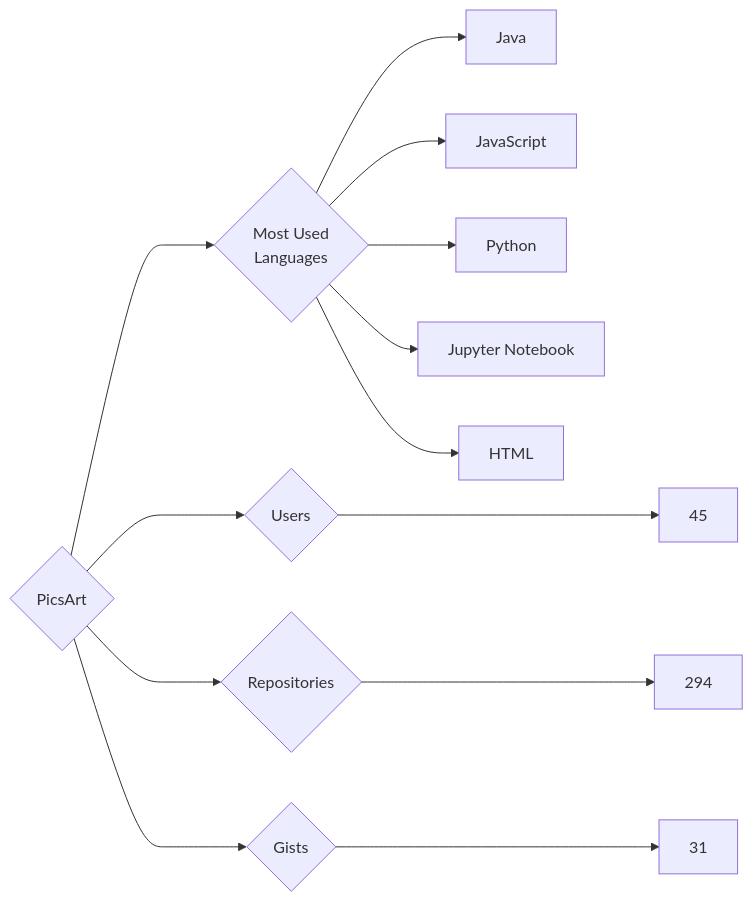
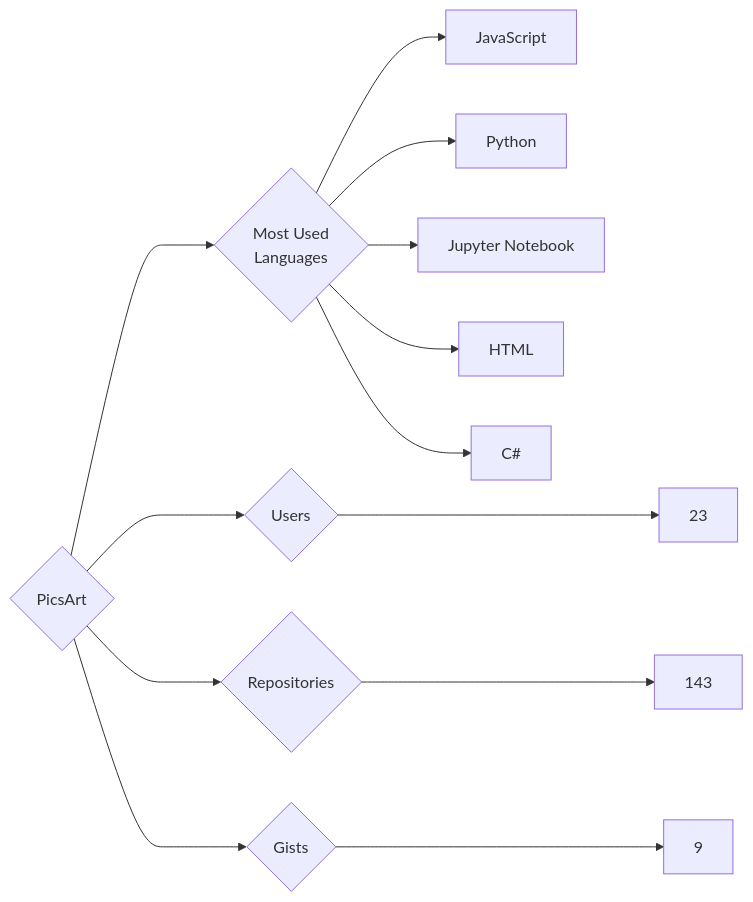
One commit to trickest/insiders changed the diagram in targets/PicsArt/README.md. Above: the diagram before and after it, drawn with Mermaid. The commit also changed 973 other files, not shown here.

````diff
--- a/targets/PicsArt/README.md
+++ b/targets/PicsArt/README.md
@@ -3,13 +3,13 @@
 ```mermaid
 graph LR
 COMPANY_NAME{PicsArt}
-COMPANY_NAME ---> U{Users} ---> UN[45]
-COMPANY_NAME ---> R{Repositories} ---> RN[294]
-COMPANY_NAME ---> G{Gists} ---> GN[31]
+COMPANY_NAME ---> U{Users} ---> UN[23]
+COMPANY_NAME ---> R{Repositories} ---> RN[143]
+COMPANY_NAME ---> G{Gists} ---> GN[9]
 COMPANY_NAME ---> ML{Most Used<br>Languages}
-ML --> Java[Java]
 ML --> JavaScript[JavaScript]
 ML --> Python[Python]
 ML --> Jupyter_Notebook[Jupyter Notebook]
 ML --> HTML[HTML]
+ML --> C#[C#]
 ```
````
